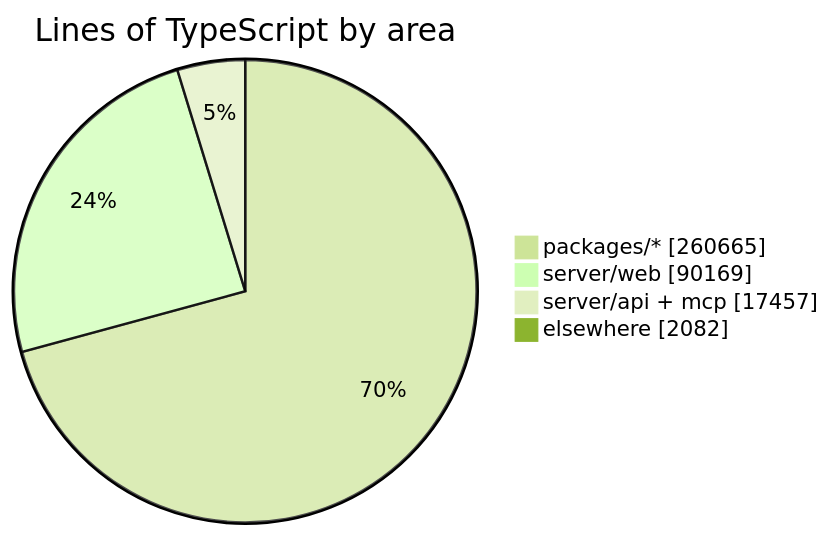
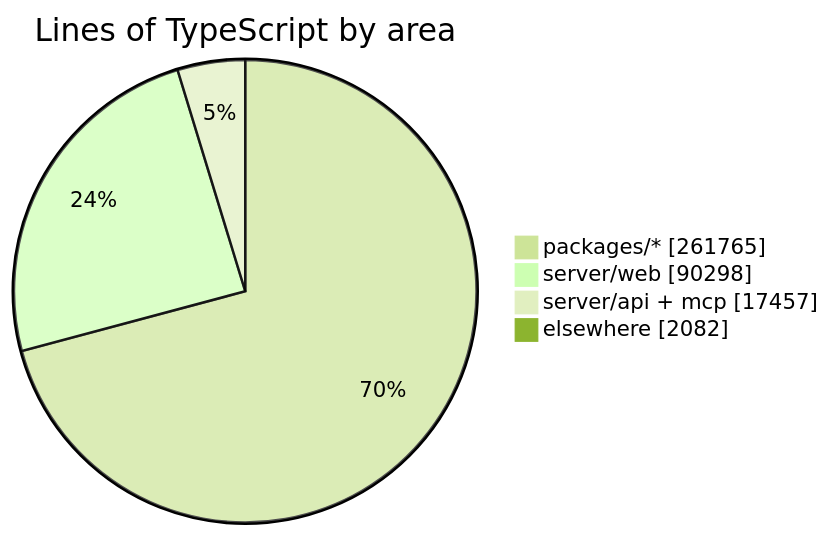
The diagram in README.md (crossworks-engineering/mantle), drawn with Mermaid (forest theme) before and after one commit. The commit also changed other lines of this file and 2 other files, not shown here.

````diff
--- a/README.md
+++ b/README.md
@@ -287,7 +287,7 @@
 ```mermaid
 pie showData title Lines of TypeScript by area
-    "packages/*" : 260665
-    "server/web" : 90169
+    "packages/*" : 261765
+    "server/web" : 90298
     "server/api + mcp" : 17457
     "elsewhere" : 2082
 ```
````
